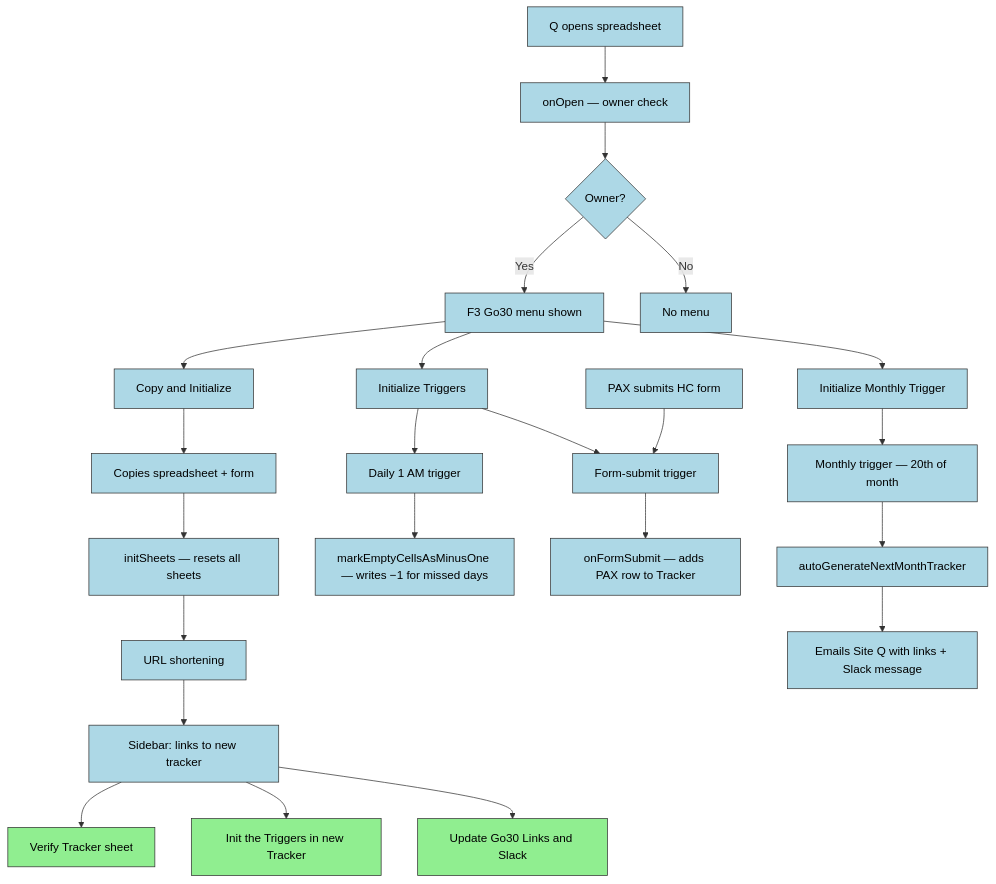
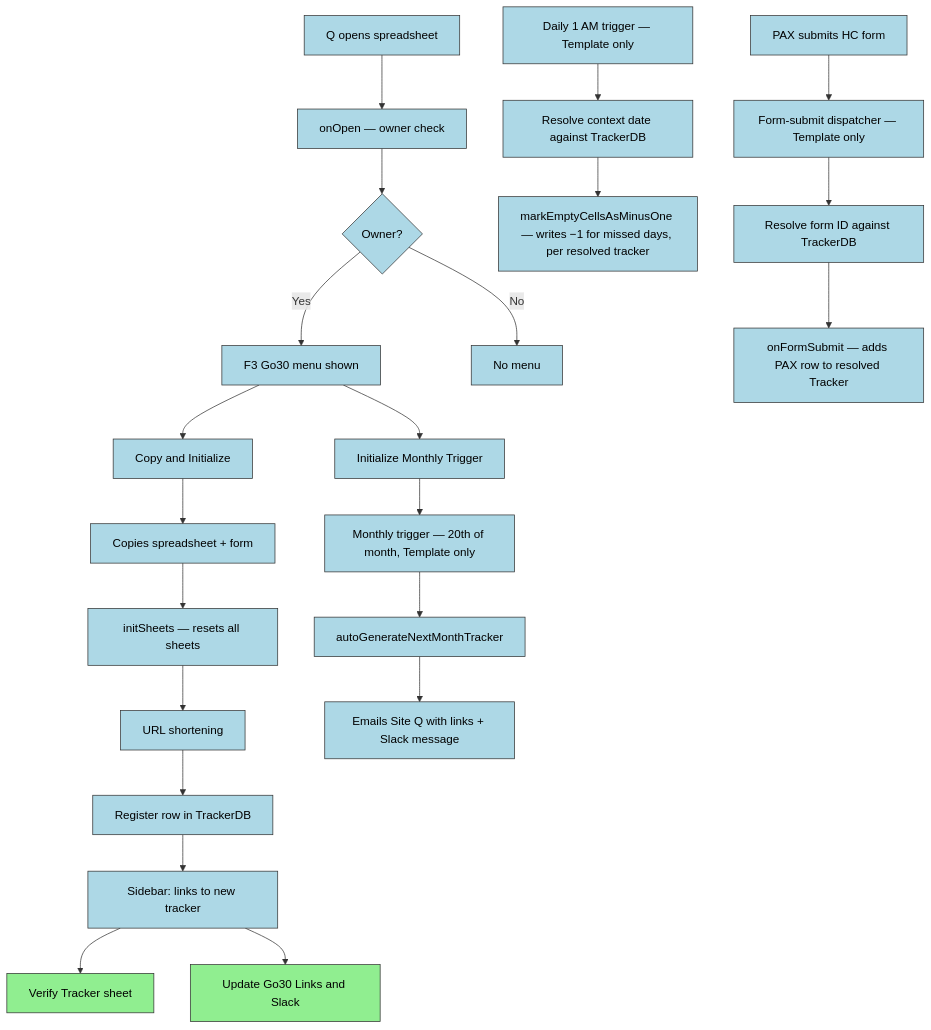
The diagram in docs/DESIGN.md (stuartdonaldson/F3Go30), drawn with Mermaid before and after one commit. The commit also changed other lines of this file and 2 other files, not shown here.

First line of the commit message:
Update CONTEXT/DESIGN/OPERATIONS docs for the implemented TrackerDB dispatch model

````diff
--- a/docs/DESIGN.md
+++ b/docs/DESIGN.md
@@ -23,31 +33,31 @@
 ```mermaid
 %%{init: {'theme': 'architecture-beta'}}%%
 graph TD
     A[Q opens spreadsheet] --> B[onOpen — owner check]
     B --> C{Owner?}
     C -- Yes --> D[F3 Go30 menu shown]
     C -- No --> E[No menu]
     D --> F[Copy and Initialize]
     F --> G[Copies spreadsheet + form]
     G --> H[initSheets — resets all sheets]
     H --> I[URL shortening]
-    I --> J[Sidebar: links to new tracker]
+    I --> TDB[Register row in TrackerDB]
+    TDB --> J[Sidebar: links to new tracker]
     %% Q background tasks (manual, in-browser)
     J --> BG1[Verify Tracker sheet]
-    J --> BG2[Init the Triggers in new Tracker]
     J --> BG3[Update Go30 Links and Slack]
-    D --> K[Initialize Triggers]
-    K --> L[Daily 1 AM trigger]
-    K --> M[Form-submit trigger]
-    N[PAX submits HC form] --> M
-    M --> O[onFormSubmit — adds PAX row to Tracker]
-    L --> P[markEmptyCellsAsMinusOne — writes −1 for missed days]
+    %% Centralized dispatch — installed once on the Template
+    L[Daily 1 AM trigger — Template only] --> LDB[Resolve context date against TrackerDB]
+    LDB --> P[markEmptyCellsAsMinusOne — writes −1 for missed days, per resolved tracker]
+    N[PAX submits HC form] --> M[Form-submit dispatcher — Template only]
+    M --> MDB[Resolve form ID against TrackerDB]
+    MDB --> O[onFormSubmit — adds PAX row to resolved Tracker]
     D --> MT[Initialize Monthly Trigger]
-    MT --> MTrig[Monthly trigger — 20th of month]
+    MT --> MTrig[Monthly trigger — 20th of month, Template only]
     MTrig --> AGS[autoGenerateNextMonthTracker]
     AGS --> EmailQ[Emails Site Q with links + Slack message]
 classDef lightblue fill:#ADD8E6,stroke:#333,stroke-width:1px,color:#000
-class A,B,C,D,E,F,G,H,I,J,K,L,M,N,O,P,MT,MTrig,AGS,EmailQ lightblue
+class A,B,C,D,E,F,G,H,I,TDB,J,L,LDB,M,MDB,N,O,P,MT,MTrig,AGS,EmailQ lightblue
 classDef lightgreen fill:#90EE90,stroke:#333,stroke-width:1px,color:#000
-class BG1,BG2,BG3 lightgreen
+class BG1,BG3 lightgreen
 ```
````
